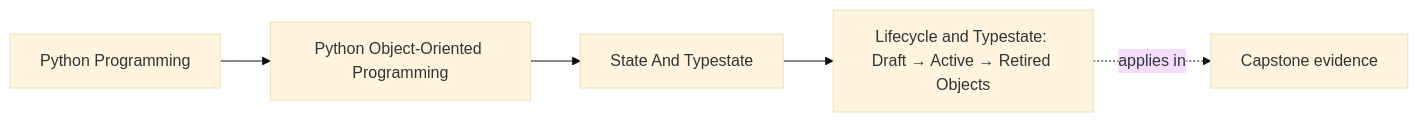
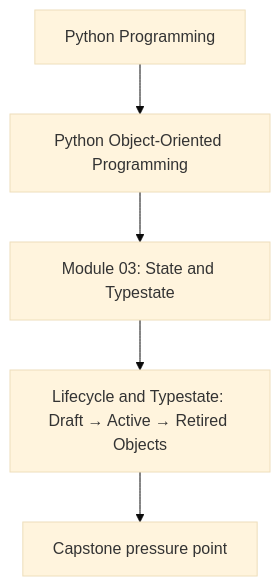
The first of 2 diagrams in programs/python-programming/python-object-oriented-programming/course-book/module-03-state-and-typestate/lifecycle-and-typestate.md (bijux/bijux-masterclass), drawn with Mermaid (base theme) before and after one commit. The commit also changed other lines of this file and 107 other files, not shown here.

Commit message:
docs(python-object-oriented-programming): align concept page diagrams

````diff
--- a/programs/python-programming/python-object-oriented-programming/course-book/module-03-state-and-typestate/lifecycle-and-typestate.md
+++ b/programs/python-programming/python-object-oriented-programming/course-book/module-03-state-and-typestate/lifecycle-and-typestate.md
@@ -7,11 +7,7 @@
 ```mermaid
-graph LR
-  family["Python Programming"]
-  program["Python Object-Oriented Programming"]
-  section["State And Typestate"]
-  page["Lifecycle and Typestate: Draft → Active → Retired Objects"]
-  capstone["Capstone evidence"]
-
-  family --> program --> section --> page
-  page -.applies in.-> capstone
+flowchart TD
+  family["Python Programming"] --> program["Python Object-Oriented Programming"]
+  program --> module["Module 03: State and Typestate"]
+  module --> concept["Lifecycle and Typestate: Draft → Active → Retired Objects"]
+  concept --> capstone["Capstone pressure point"]
 ```
````
